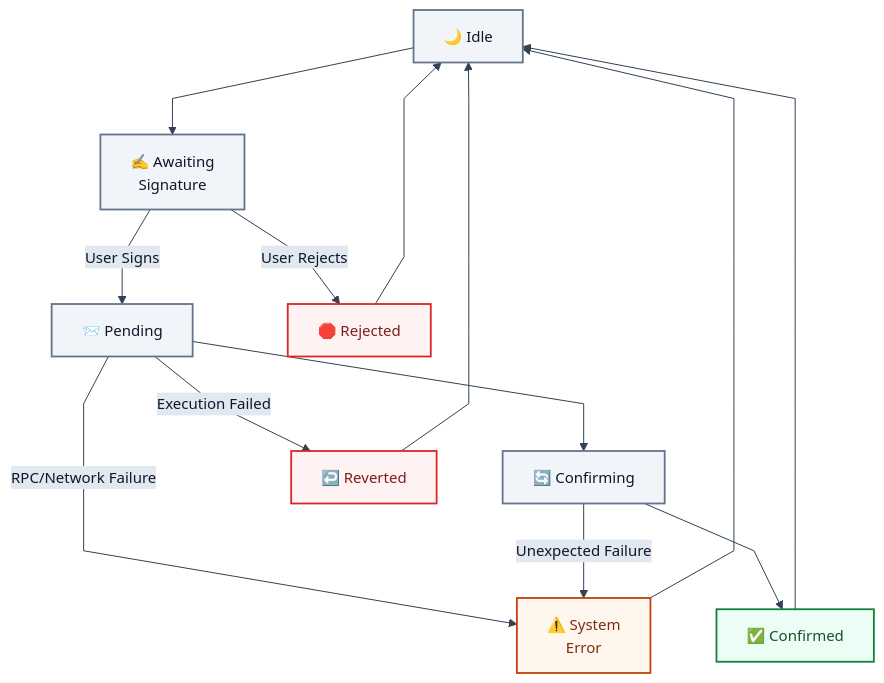
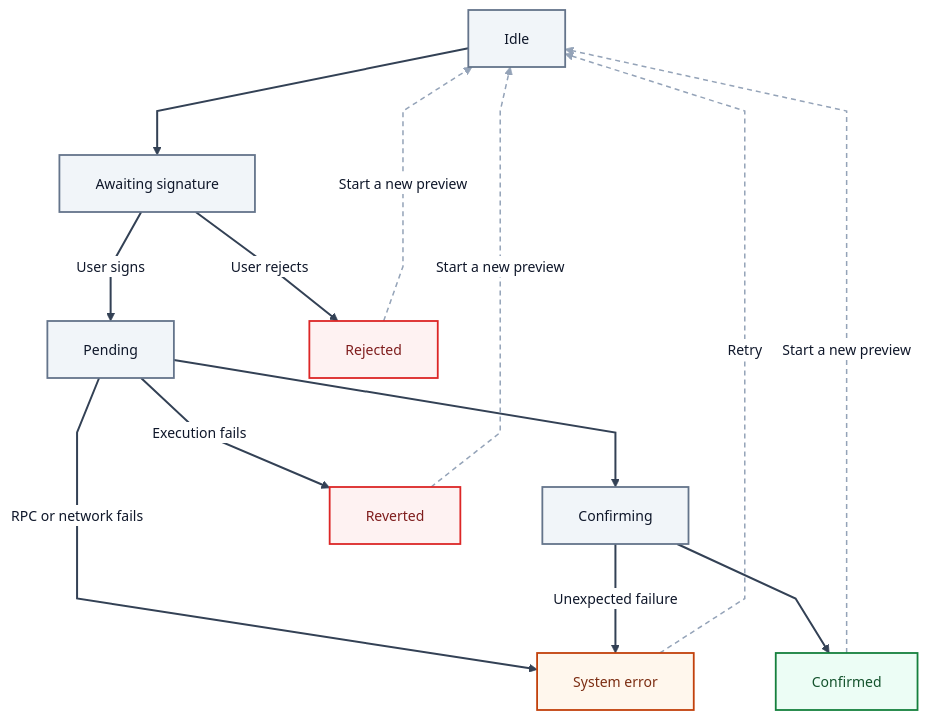
One commit to sunshineluyao/Moss-Mcp-Transaction changed the third of 8 diagrams in README.md. Above: the diagram before and after it, drawn with Mermaid. The commit also changed other lines of this file, not shown here.

Commit message:
docs: refine Mermaid diagrams for full labels

````diff
--- a/README.md
+++ b/README.md
@@ -326,28 +334,30 @@
 ```mermaid
-%%{init: {'theme':'base','flowchart': {'htmlLabels': true, 'nodeSpacing': 56, 'rankSpacing': 72, 'curve': 'linear'},'themeVariables': {'fontFamily':'Trebuchet MS, Segoe UI, sans-serif','fontSize':'15px','primaryColor':'#eef6ff','primaryBorderColor':'#3b82f6','primaryTextColor':'#0f172a','lineColor':'#334155','secondaryColor':'#f8fafc','tertiaryColor':'#f1f5f9','edgeLabelBackground':'#e2e8f0'}}}%%
+%%{init: {'theme':'base','flowchart': {'htmlLabels': true, 'nodeSpacing': 72, 'rankSpacing': 88, 'curve': 'linear', 'padding': 18}, 'themeVariables': {'fontFamily':'Arial, Helvetica, sans-serif','fontSize':'14px','primaryTextColor':'#0f172a','lineColor':'#334155','clusterBkg':'#f8fafc','clusterBorder':'#cbd5e1','edgeLabelBackground':'#ffffff'}}}%%
 flowchart TB
-  Idle["🌙 Idle"] --> Awaiting["✍️ Awaiting<br/>Signature"]
-  Awaiting -->|User Signs| Pending["📨 Pending"]
-  Awaiting -->|User Rejects| Rejected["🛑 Rejected"]
+  Idle["Idle"] --> Awaiting["Awaiting signature"]
+  Awaiting -->|User signs| Pending["Pending"]
+  Awaiting -->|User rejects| Rejected["Rejected"]
 
-  Pending --> Confirming["🔄 Confirming"]
-  Confirming --> Confirmed["✅ Confirmed"]
-  Pending -->|Execution Failed| Reverted["↩️ Reverted"]
-  Pending -->|RPC/Network Failure| SystemError["⚠️ System<br/>Error"]
-  Confirming -->|Unexpected Failure| SystemError
+  Pending --> Confirming["Confirming"]
+  Confirming --> Confirmed["Confirmed"]
+  Pending -->|Execution fails| Reverted["Reverted"]
+  Pending -->|RPC or network fails| SystemError["System error"]
+  Confirming -->|Unexpected failure| SystemError
 
-  Rejected --> Idle
-  Reverted --> Idle
-  SystemError --> Idle
-  Confirmed --> Idle
+  Rejected -.->|Start a new preview| Idle
+  Reverted -.->|Start a new preview| Idle
+  SystemError -.->|Retry| Idle
+  Confirmed -.->|Start a new preview| Idle
 
   classDef neutral fill:#f1f5f9,stroke:#64748b,stroke-width:1.8px,color:#0f172a;
   classDef success fill:#ecfdf5,stroke:#15803d,stroke-width:1.8px,color:#14532d;
   classDef danger fill:#fef2f2,stroke:#dc2626,stroke-width:1.8px,color:#7f1d1d;
   classDef warn fill:#fff7ed,stroke:#c2410c,stroke-width:1.8px,color:#7c2d12;
 
   class Idle,Awaiting,Pending,Confirming neutral;
   class Confirmed success;
   class Rejected,Reverted danger;
   class SystemError warn;
+  linkStyle 8,9,10,11 stroke:#94a3b8,stroke-width:1.5px,stroke-dasharray:5 4;
+  linkStyle default stroke-width:2px;
 ```
````
